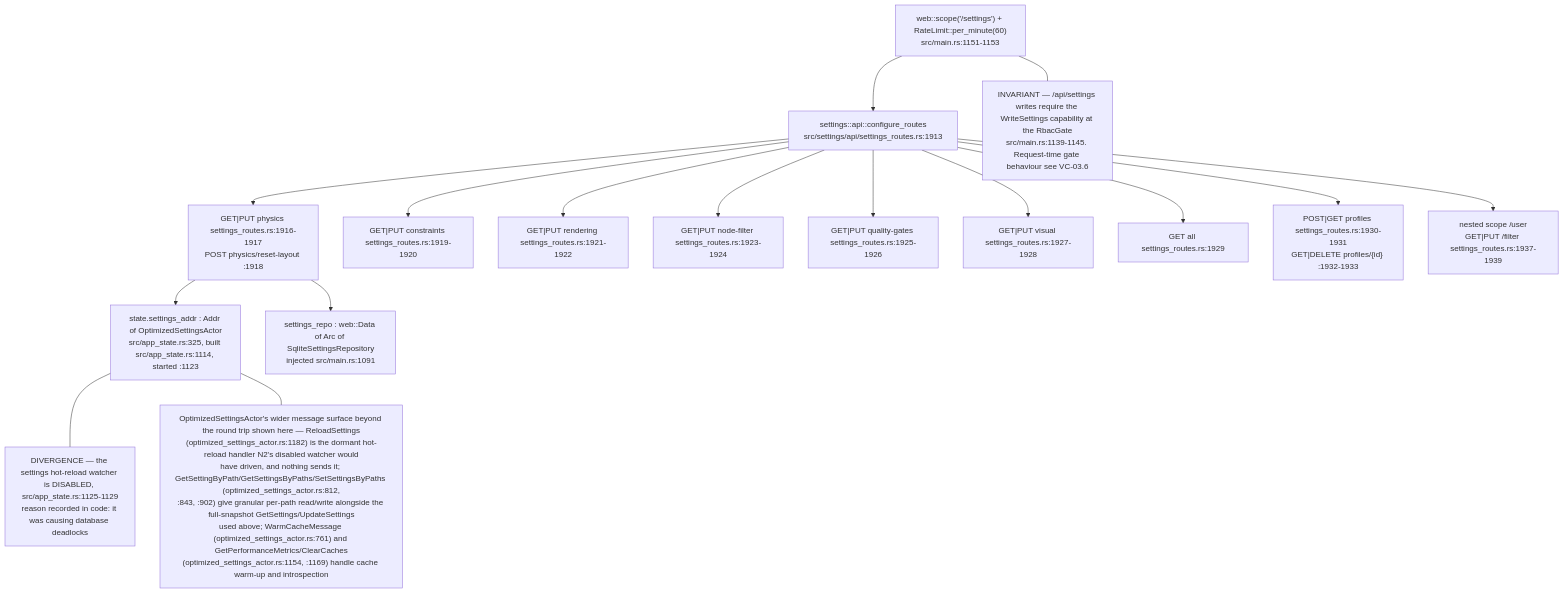
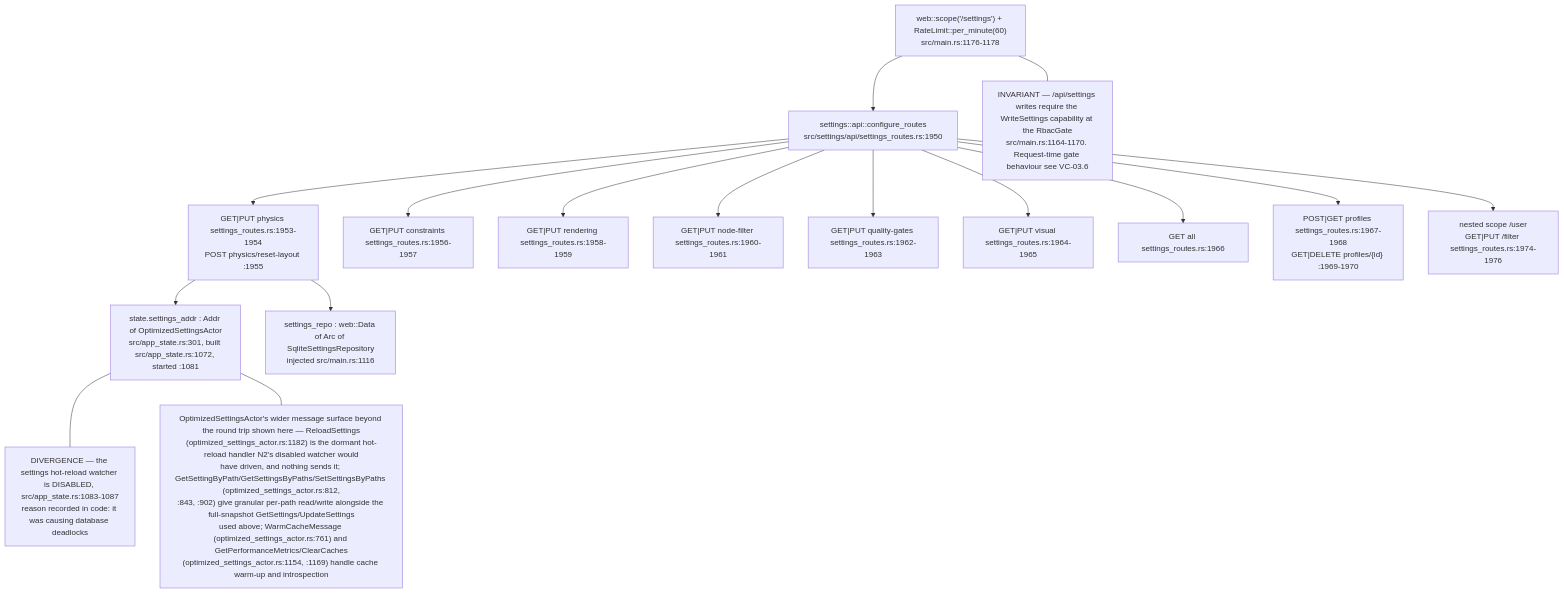
One commit to DreamLab-AI/VisionFlow changed the first of 9 diagrams in docs/diagrams/visionclaw/06-settings-round-trip.md. Above: the diagram before and after it, drawn with Mermaid. The commit also changed other lines of this file and 46 other files, not shown here.

Commit message:
docs(diagrams): re-verify VisionClaw topics at 809a859aa/a950f4d80 after the consolidation pass

````diff
--- a/docs/diagrams/visionclaw/06-settings-round-trip.md
+++ b/docs/diagrams/visionclaw/06-settings-round-trip.md
@@ -58,24 +57,24 @@
 ```mermaid
 flowchart TB
-    S["web::scope('/settings') + RateLimit::per_minute(60)<br/>src/main.rs:1151-1153"]
-    S --> CFG["settings::api::configure_routes<br/>src/settings/api/settings_routes.rs:1913"]
-    CFG --> P["GET|PUT physics settings_routes.rs:1916-1917<br/>POST physics/reset-layout :1918"]
-    CFG --> C["GET|PUT constraints settings_routes.rs:1919-1920"]
-    CFG --> R["GET|PUT rendering settings_routes.rs:1921-1922"]
-    CFG --> NF["GET|PUT node-filter settings_routes.rs:1923-1924"]
-    CFG --> QG["GET|PUT quality-gates settings_routes.rs:1925-1926"]
-    CFG --> V["GET|PUT visual settings_routes.rs:1927-1928"]
-    CFG --> AL["GET all settings_routes.rs:1929"]
-    CFG --> PR["POST|GET profiles settings_routes.rs:1930-1931<br/>GET|DELETE profiles/{id} :1932-1933"]
-    CFG --> U["nested scope /user<br/>GET|PUT /filter settings_routes.rs:1937-1939"]
-    ACT["state.settings_addr : Addr of OptimizedSettingsActor<br/>src/app_state.rs:325, built src/app_state.rs:1114, started :1123"]
-    REPO["settings_repo : web::Data of Arc of SqliteSettingsRepository<br/>injected src/main.rs:1091"]
+    S["web::scope('/settings') + RateLimit::per_minute(60)<br/>src/main.rs:1176-1178"]
+    S --> CFG["settings::api::configure_routes<br/>src/settings/api/settings_routes.rs:1950"]
+    CFG --> P["GET|PUT physics settings_routes.rs:1953-1954<br/>POST physics/reset-layout :1955"]
+    CFG --> C["GET|PUT constraints settings_routes.rs:1956-1957"]
+    CFG --> R["GET|PUT rendering settings_routes.rs:1958-1959"]
+    CFG --> NF["GET|PUT node-filter settings_routes.rs:1960-1961"]
+    CFG --> QG["GET|PUT quality-gates settings_routes.rs:1962-1963"]
+    CFG --> V["GET|PUT visual settings_routes.rs:1964-1965"]
+    CFG --> AL["GET all settings_routes.rs:1966"]
+    CFG --> PR["POST|GET profiles settings_routes.rs:1967-1968<br/>GET|DELETE profiles/{id} :1969-1970"]
+    CFG --> U["nested scope /user<br/>GET|PUT /filter settings_routes.rs:1974-1976"]
+    ACT["state.settings_addr : Addr of OptimizedSettingsActor<br/>src/app_state.rs:301, built src/app_state.rs:1072, started :1081"]
+    REPO["settings_repo : web::Data of Arc of SqliteSettingsRepository<br/>injected src/main.rs:1116"]
     P --> ACT
     P --> REPO
-    N1["INVARIANT — /api/settings writes require the WriteSettings capability at the RbacGate<br/>src/main.rs:1139-1145. Request-time gate behaviour see VC-03.6"]
+    N1["INVARIANT — /api/settings writes require the WriteSettings capability at the RbacGate<br/>src/main.rs:1164-1170. Request-time gate behaviour see VC-03.6"]
     S --- N1
-    N2["DIVERGENCE — the settings hot-reload watcher is DISABLED, src/app_state.rs:1125-1129<br/>reason recorded in code: it was causing database deadlocks"]
+    N2["DIVERGENCE — the settings hot-reload watcher is DISABLED, src/app_state.rs:1083-1087<br/>reason recorded in code: it was causing database deadlocks"]
     ACT --- N2
     N3["OptimizedSettingsActor's wider message surface beyond the round trip shown here — ReloadSettings<br/>(optimized_settings_actor.rs:1182) is the dormant hot-reload handler N2's disabled watcher would<br/>have driven, and nothing sends it; GetSettingByPath/GetSettingsByPaths/SetSettingsByPaths (optimized_settings_actor.rs:812,<br/>:843, :902) give granular per-path read/write alongside the full-snapshot GetSettings/UpdateSettings<br/>used above; WarmCacheMessage (optimized_settings_actor.rs:761) and GetPerformanceMetrics/ClearCaches<br/>(optimized_settings_actor.rs:1154, :1169) handle cache warm-up and introspection"]
     ACT --- N3
 ```
````
